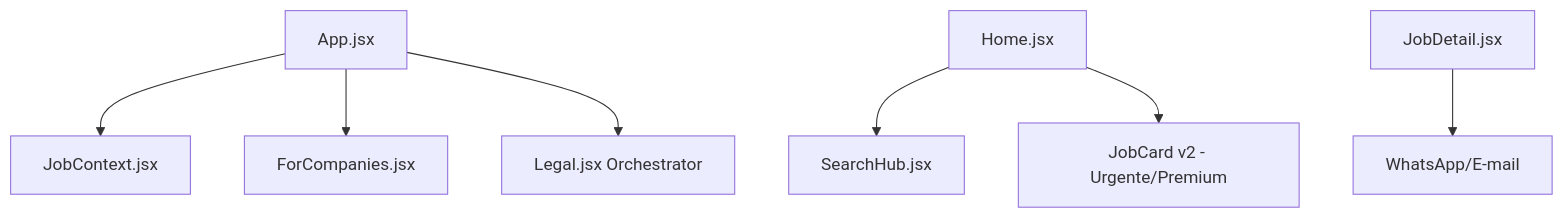
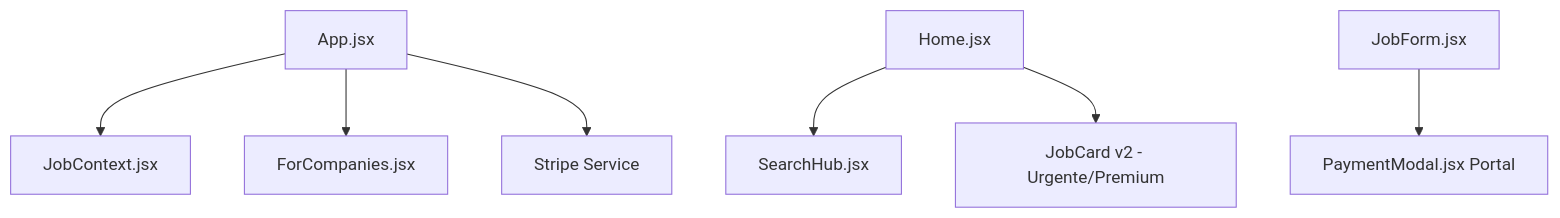
One commit to lukaslimna1/TrampoFacil changed the diagram in README.md. Above: the diagram before and after it, drawn with Mermaid. The commit also changed other lines of this file and 25 other files, not shown here.

Commit message:
feat: v5.2 - Real Stripe integration, premium branding (Gem/Golden Flame), and Payment Modal v2

````diff
--- a/README.md
+++ b/README.md
@@ -73,9 +82,9 @@
 ```mermaid
 graph TD
     App[App.jsx] --> Context[JobContext.jsx]
     App --> ForCompanies[ForCompanies.jsx]
-    App --> Legal[Legal.jsx Orchestrator]
+    App --> Stripe[Stripe Service]
     Home[Home.jsx] --> Search[SearchHub.jsx]
     Home --> Cards[JobCard v2 - Urgente/Premium]
-    Detail[JobDetail.jsx] --> Apply[WhatsApp/E-mail]
+    Form[JobForm.jsx] --> Modal[PaymentModal.jsx Portal]
 ```
````
